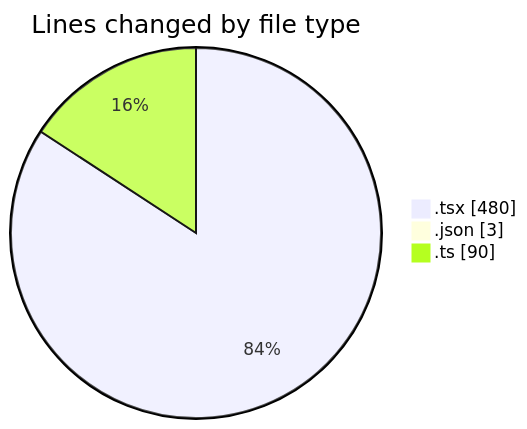
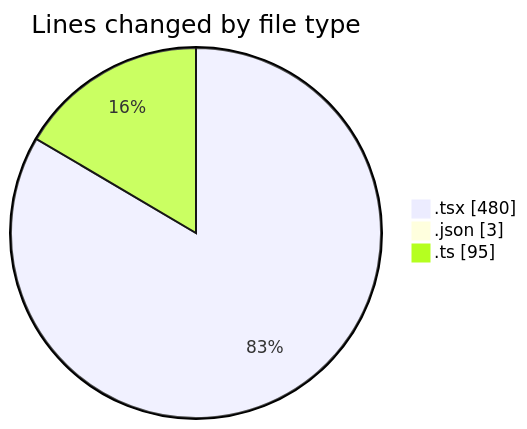
Before and after one commit to robertbonfada/code-tracking: the first of 2 diagrams in 2025-01-21/mbc-web/README.md, drawn with Mermaid. The commit also changed other lines of this file and 1 other file, not shown here.

````diff
--- a/2025-01-21/mbc-web/README.md
+++ b/2025-01-21/mbc-web/README.md
@@ -35,7 +36,7 @@
 ```mermaid
 pie showData
 title Lines changed by file type
 ".tsx" : 480
 ".json" : 3
-".ts" : 90
+".ts" : 95
 ```
````
